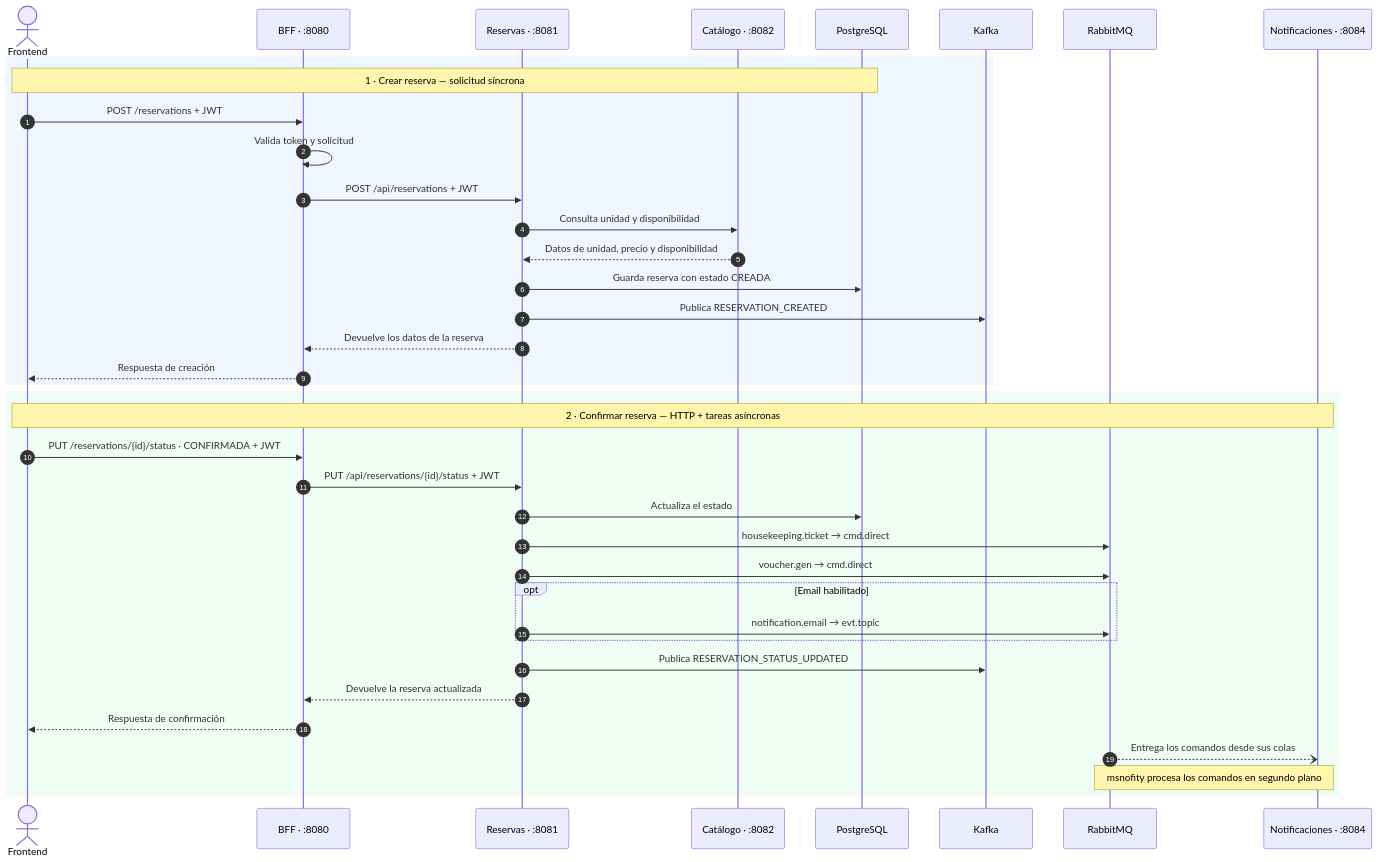
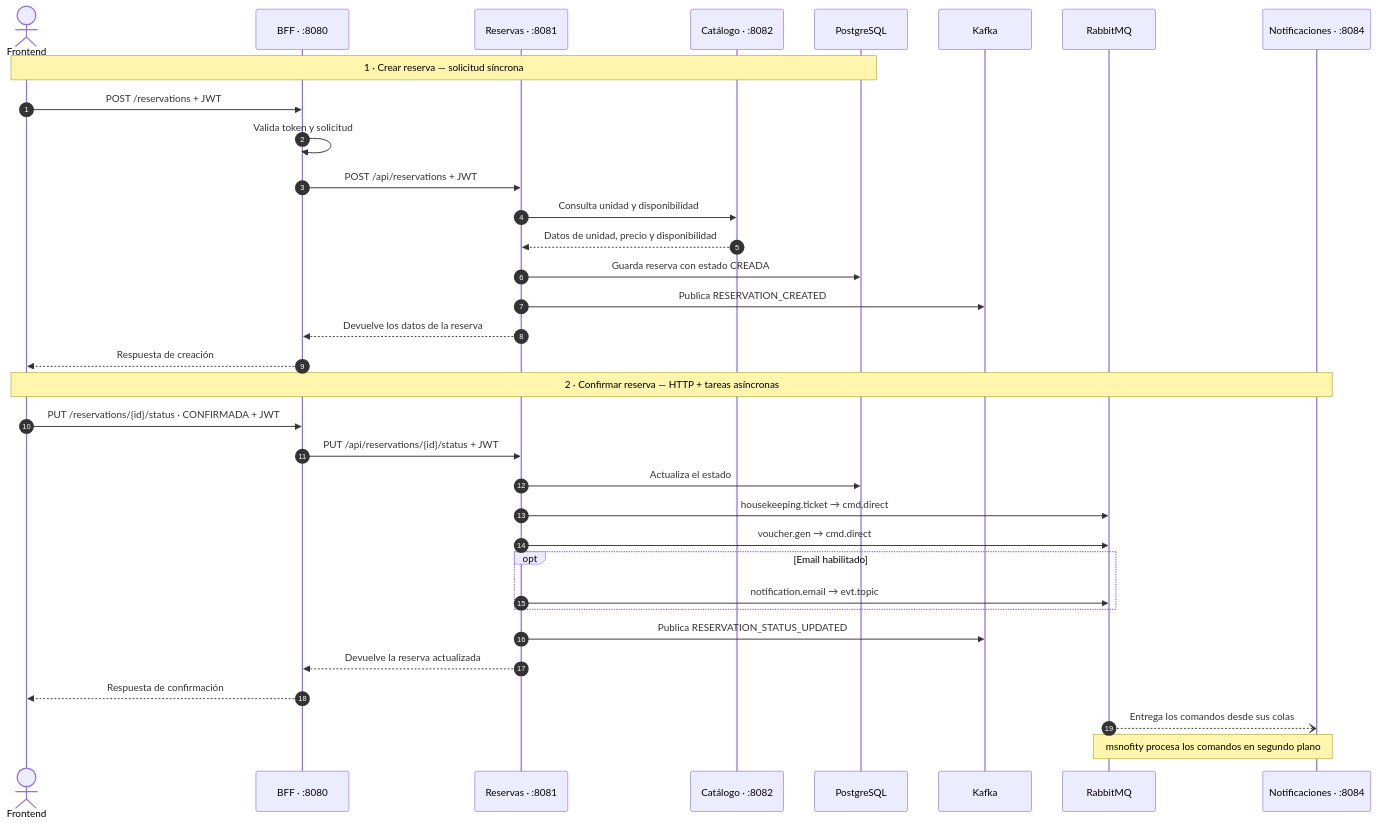
The first of 2 diagrams in README.md (nelu-grb/AppReact), drawn with Mermaid before and after one commit.

Commit message:
ahora si

````diff
--- a/README.md
+++ b/README.md
@@ -27,42 +27,38 @@
 ```mermaid
 sequenceDiagram
     autonumber
     actor FE as Frontend
     participant BFF as BFF · :8080
     participant RES as Reservas · :8081
     participant CAT as Catálogo · :8082
     participant DB as PostgreSQL
     participant K as Kafka
     participant MQ as RabbitMQ
     participant NOT as Notificaciones · :8084
 
-    rect rgb(239, 246, 255)
-        Note over FE,DB: 1 · Crear reserva — solicitud síncrona
-        FE->>BFF: POST /reservations + JWT
-        BFF->>BFF: Valida token y solicitud
-        BFF->>RES: POST /api/reservations + JWT
-        RES->>CAT: Consulta unidad y disponibilidad
-        CAT-->>RES: Datos de unidad, precio y disponibilidad
-        RES->>DB: Guarda reserva con estado CREADA
-        RES->>K: Publica RESERVATION_CREATED
-        RES-->>BFF: Devuelve los datos de la reserva
-        BFF-->>FE: Respuesta de creación
+    Note over FE,DB: 1 · Crear reserva — solicitud síncrona
+    FE->>BFF: POST /reservations + JWT
+    BFF->>BFF: Valida token y solicitud
+    BFF->>RES: POST /api/reservations + JWT
+    RES->>CAT: Consulta unidad y disponibilidad
+    CAT-->>RES: Datos de unidad, precio y disponibilidad
+    RES->>DB: Guarda reserva con estado CREADA
+    RES->>K: Publica RESERVATION_CREATED
+    RES-->>BFF: Devuelve los datos de la reserva
+    BFF-->>FE: Respuesta de creación
+
+    Note over FE,NOT: 2 · Confirmar reserva — HTTP + tareas asíncronas
+    FE->>BFF: PUT /reservations/{id}/status · CONFIRMADA + JWT
+    BFF->>RES: PUT /api/reservations/{id}/status + JWT
+    RES->>DB: Actualiza el estado
+    RES->>MQ: housekeeping.ticket → cmd.direct
+    RES->>MQ: voucher.gen → cmd.direct
+    opt Email habilitado
+        RES->>MQ: notification.email → evt.topic
     end
-
-    rect rgb(240, 253, 244)
-        Note over FE,NOT: 2 · Confirmar reserva — HTTP + tareas asíncronas
-        FE->>BFF: PUT /reservations/{id}/status · CONFIRMADA + JWT
-        BFF->>RES: PUT /api/reservations/{id}/status + JWT
-        RES->>DB: Actualiza el estado
-        RES->>MQ: housekeeping.ticket → cmd.direct
-        RES->>MQ: voucher.gen → cmd.direct
-        opt Email habilitado
-            RES->>MQ: notification.email → evt.topic
-        end
-        RES->>K: Publica RESERVATION_STATUS_UPDATED
-        RES-->>BFF: Devuelve la reserva actualizada
-        BFF-->>FE: Respuesta de confirmación
-        MQ--)NOT: Entrega los comandos desde sus colas
-        Note over MQ,NOT: msnofity procesa los comandos en segundo plano
-    end
+    RES->>K: Publica RESERVATION_STATUS_UPDATED
+    RES-->>BFF: Devuelve la reserva actualizada
+    BFF-->>FE: Respuesta de confirmación
+    MQ--)NOT: Entrega los comandos desde sus colas
+    Note over MQ,NOT: msnofity procesa los comandos en segundo plano
 ```
````
